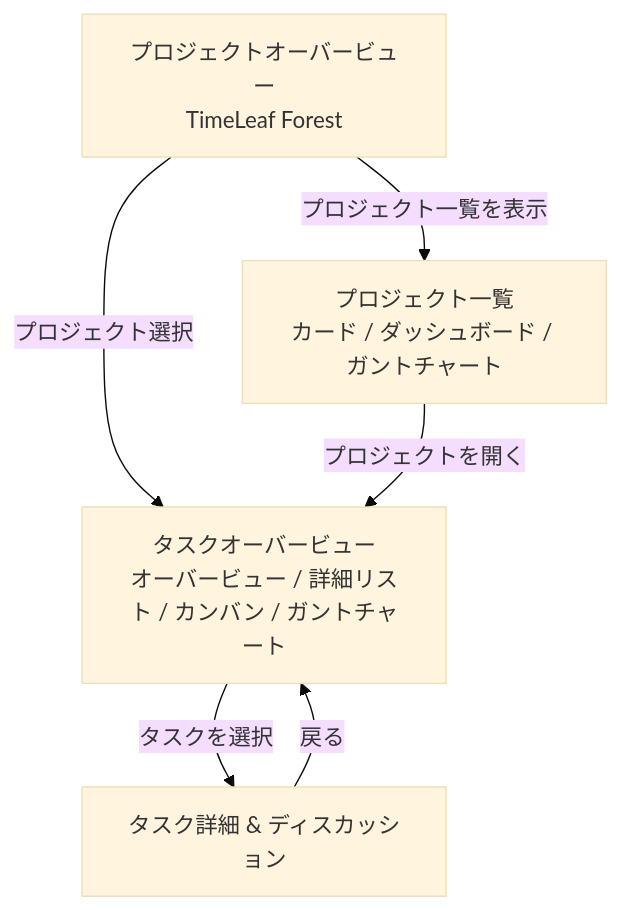
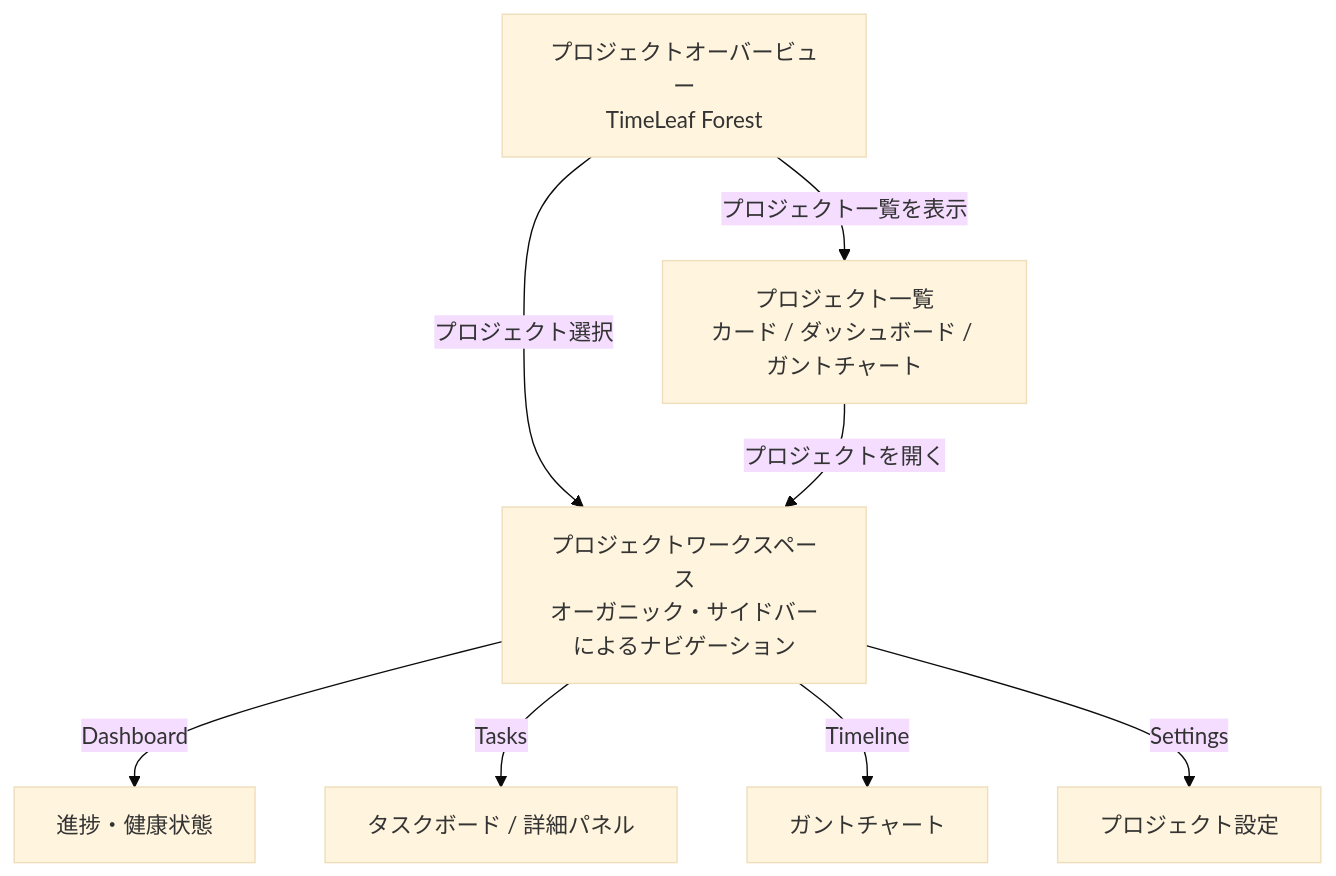
One commit to IkuseTohki/TimeLeaf changed the diagram in spec/BaseDesign/ScreenDesign.md. Above: the diagram before and after it, drawn with Mermaid (base theme). The commit also changed other lines of this file and 44 other files, not shown here.

````diff
--- a/spec/BaseDesign/ScreenDesign.md
+++ b/spec/BaseDesign/ScreenDesign.md
@@ -10,17 +10,17 @@
 ```mermaid
 graph TD
     %% レイヤー1: プレビュー
     L1[プロジェクトオーバービュー<br/>TimeLeaf Forest] -- "プロジェクト選択" --> L3
     L1 -- "プロジェクト一覧を表示" --> L2
 
     %% レイヤー2: プロジェクト管理
     L2[プロジェクト一覧<br>カード / ダッシュボード / ガントチャート]
     L2 -- "プロジェクトを開く" --> L3
 
     %% レイヤー3: タスク実行
-    L3[タスクオーバービュー<br>オーバービュー / 詳細リスト / カンバン / ガントチャート]
-    L3 -- "タスクを選択" --> L4
-
-    %% レイヤー4: 詳細・対話
-    L4[タスク詳細 & ディスカッション] -- "戻る" --> L3
+    L3[プロジェクトワークスペース<br>オーガニック・サイドバーによるナビゲーション]
+    L3 -- "Dashboard" --> L3_1[進捗・健康状態]
+    L3 -- "Tasks" --> L3_2[タスクボード / 詳細パネル]
+    L3 -- "Timeline" --> L3_3[ガントチャート]
+    L3 -- "Settings" --> L3_4[プロジェクト設定]
 ```
````
